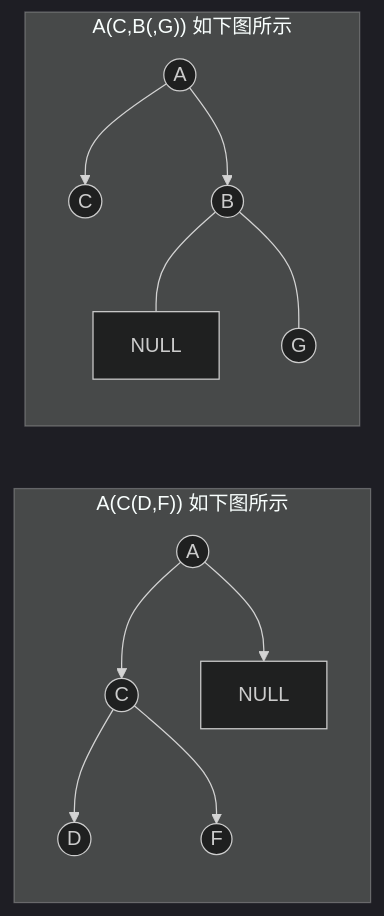
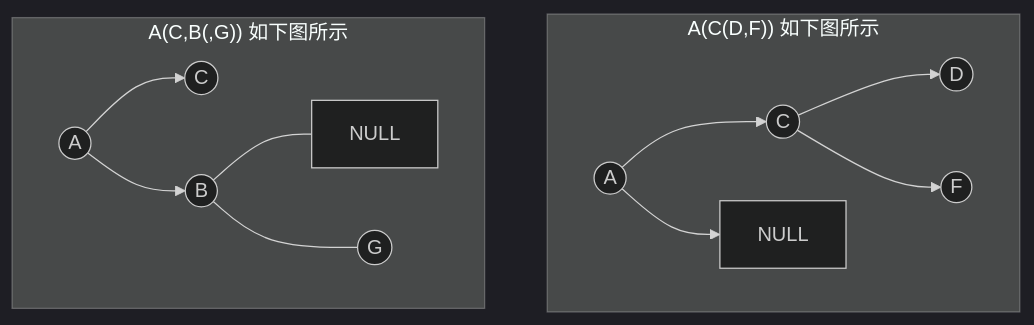
One commit to H00001/ds changed the eighth of 10 diagrams in 5.md. Above: the diagram before and after it, drawn with Mermaid (dark theme). The commit also changed other lines of this file and 16 other files, not shown here.

````diff
--- a/5.md
+++ b/5.md
@@ -815,28 +812,28 @@
 ```mermaid
-graph LR
-subgraph "A(C(D,F))" 如下图所示
+graph TB
+subgraph "A(C(D,F))" 如下图所示 
 A((A))
 D((D))
 F((F))
 C((C))
 NULL1[NULL]
 
 A-->C
 A-->NULL1
 C-->D
 C-->F
 end
 
 subgraph "A(C,B(,G))" 如下图所示
 A1((A))
 C1((C))
 B((B))
 G((G))
 NULL2[NULL]
 
 A1-->C1
 A1-->B
 B---NULL2
 B---G
 end
 ```
````
